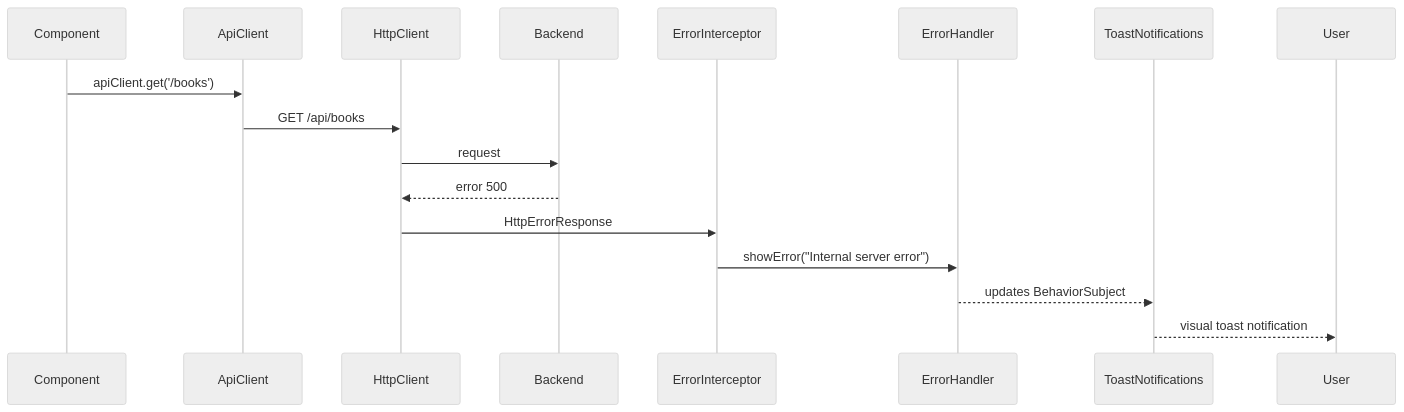
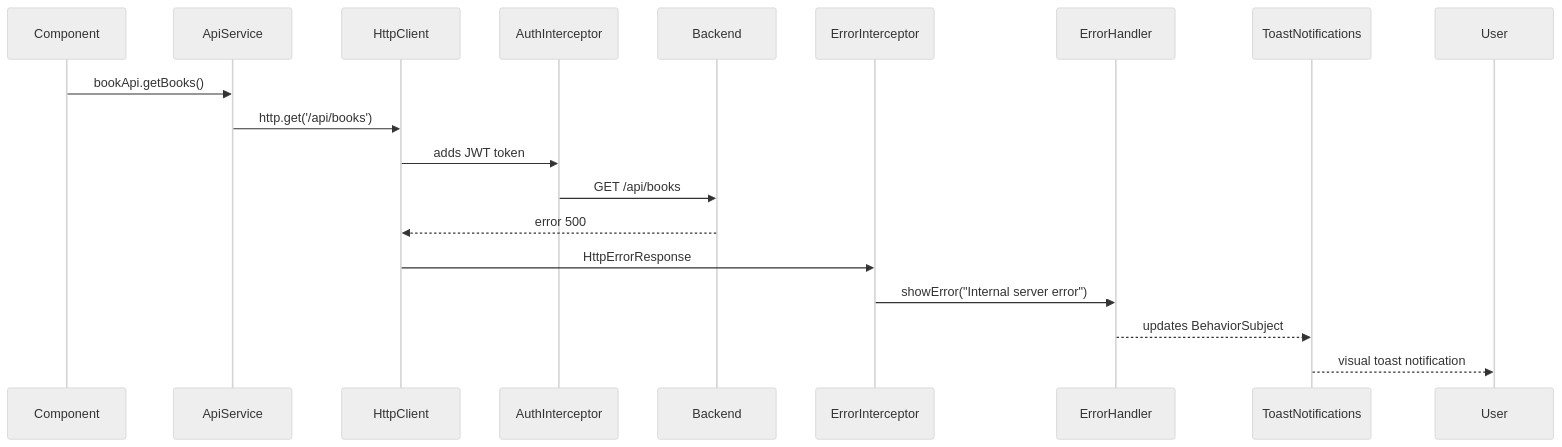
Before and after one commit to Pavkenex/Booktracker: the second of 3 diagrams in frontend/docs/system-deep-dives.md, drawn with Mermaid (neutral theme). The commit also changed other lines of this file and 8 other files, not shown here.

First line of the commit message:
refactor(frontend): remove ApiClient and migrate services to HttpClient + environment.apiUrl

````diff
--- a/frontend/docs/system-deep-dives.md
+++ b/frontend/docs/system-deep-dives.md
@@ -56,19 +57,21 @@
 ```mermaid
 sequenceDiagram
   participant Component
-  participant ApiClient
+  participant ApiService
   participant HttpClient
+  participant AuthInterceptor
   participant Backend
   participant ErrorInterceptor
   participant Handler as ErrorHandler
   participant Toasts as ToastNotifications
 
-  Component->>ApiClient: apiClient.get('/books')
-  ApiClient->>HttpClient: GET /api/books
-  HttpClient->>Backend: request
+  Component->>ApiService: bookApi.getBooks()
+  ApiService->>HttpClient: http.get('/api/books')
+  HttpClient->>AuthInterceptor: adds JWT token
+  AuthInterceptor->>Backend: GET /api/books
   Backend-->>HttpClient: error 500
   HttpClient->>ErrorInterceptor: HttpErrorResponse
   ErrorInterceptor->>Handler: showError("Internal server error")
   Handler-->>Toasts: updates BehaviorSubject
   Toasts-->>User: visual toast notification
 ```
````
